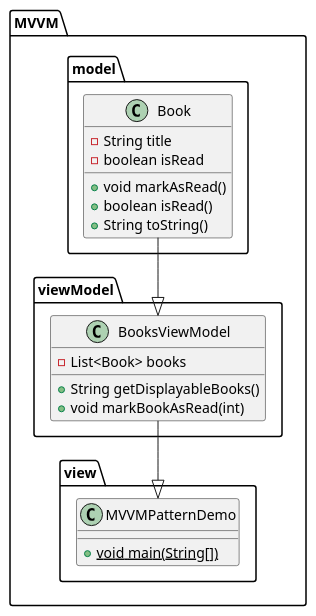
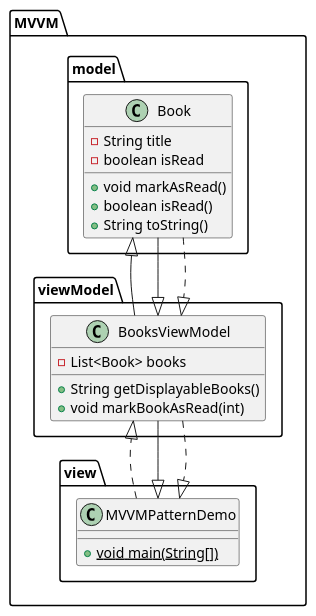
Before and after one commit to vlad722011/SoftwareArchitectureHomeworks: the diagram in HomeWork_8/target/classes/MVVM/MVVM.puml, drawn with PlantUML. The commit also changed 1 other file, not shown here.

```diff
--- a/HomeWork_8/target/classes/MVVM/MVVM.puml
+++ b/HomeWork_8/target/classes/MVVM/MVVM.puml
@@ -1,29 +1,42 @@
 @startuml
 ' viewModel
 class MVVM.viewModel.BooksViewModel {
 - List<Book> books
 + String getDisplayableBooks()
 + void markBookAsRead(int)
 }
-MVVM.viewModel.BooksViewModel --|> MVVM.view.MVVMPatternDemo
+
+
+
+
+
 
 ' model
 ' в укомпоненте model как обычно хранятся данные и бизнес логика приложения
 ' изменение состояния данных в компоненте model,
 ' приводит к автоматическому изменению состяния представления,
 ' хотя напрямую model и view не связаны
 class MVVM.model.Book {
 - String title
 - boolean isRead
 + void markAsRead()
 + boolean isRead()
 + String toString()
 }
-MVVM.model.Book --|> MVVM.viewModel.BooksViewModel
+
+
 
 ' view
 ' пользователь взаимодействует с приложением чрез компонент view
 class MVVM.view.MVVMPatternDemo {
 + {static} void main(String[])
 }
+
+MVVM.model.Book <|-- MVVM.viewModel.BooksViewModel
+MVVM.model.Book --|> MVVM.viewModel.BooksViewModel
+MVVM.viewModel.BooksViewModel --|> MVVM.view.MVVMPatternDemo
+MVVM.model.Book ..|> MVVM.viewModel.BooksViewModel
+
+MVVM.view.MVVMPatternDemo ..|> MVVM.viewModel.BooksViewModel
+MVVM.viewModel.BooksViewModel ..|> MVVM.view.MVVMPatternDemo
 @enduml
```
